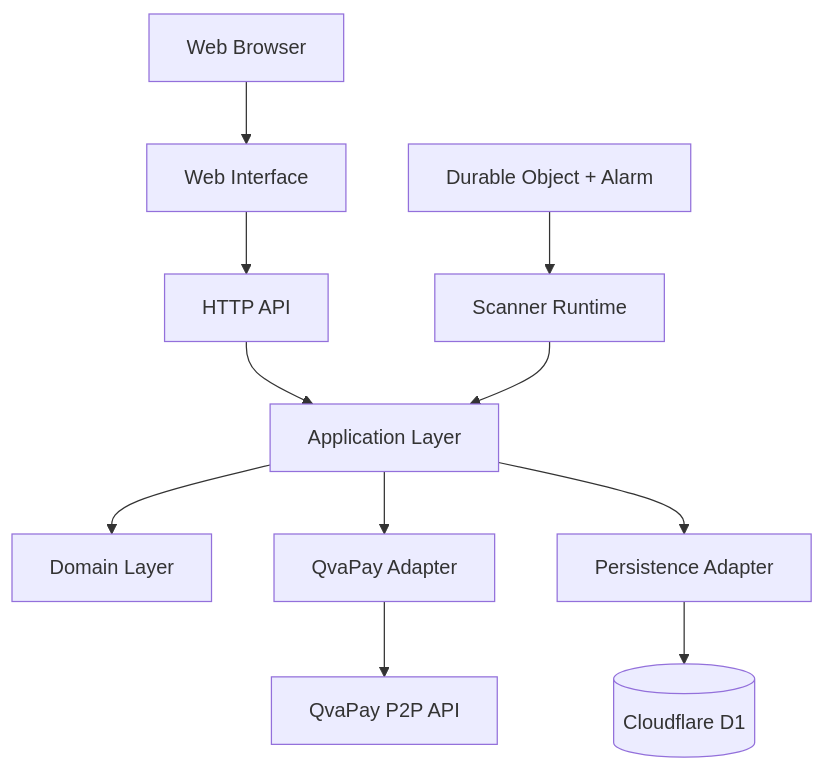
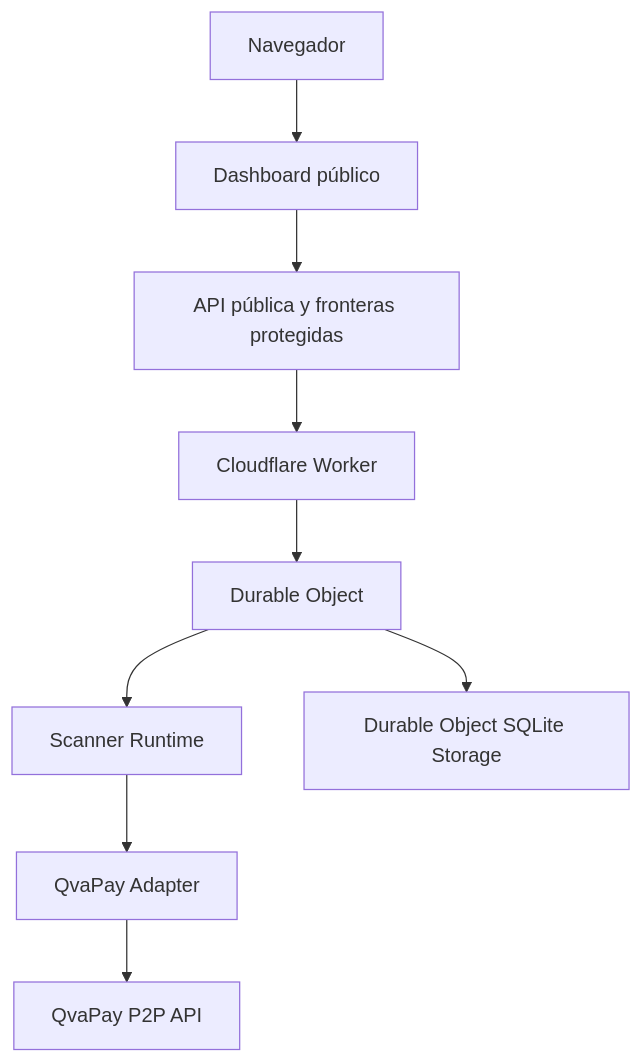
The diagram in docs/architecture/container-diagram.md (Osleyder1985/QvaPay-AI), drawn with Mermaid before and after one commit. The commit also changed other lines of this file, not shown here.

Commit message:
docs: align architecture diagrams with runtime

````diff
--- a/docs/architecture/container-diagram.md
+++ b/docs/architecture/container-diagram.md
@@ -5,25 +7,21 @@
 ```mermaid
 flowchart TB
-    Browser[Web Browser]
-    Web[Web Interface]
-    API[HTTP API]
-    App[Application Layer]
-    Domain[Domain Layer]
-    Scanner[Scanner Runtime]
+    Browser[Navegador]
+    Worker[Cloudflare Worker]
+    Dashboard[Dashboard público]
+    API[API pública y fronteras protegidas]
+    DO[Durable Object]
+    Runtime[Scanner Runtime]
     QAdapter[QvaPay Adapter]
-    DBAdapter[Persistence Adapter]
-    DO[Durable Object + Alarm]
-    D1[(Cloudflare D1)]
-    QvaPay[QvaPay P2P API]
+    QVA[QvaPay P2P API]
+    Storage[Durable Object SQLite Storage]
 
-    Browser --> Web
-    Web --> API
-    API --> App
-    Scanner --> App
-    DO --> Scanner
-    App --> Domain
-    App --> QAdapter
-    App --> DBAdapter
-    QAdapter --> QvaPay
-    DBAdapter --> D1
+    Browser --> Dashboard
+    Dashboard --> API
+    API --> Worker
+    Worker --> DO
+    DO --> Runtime
+    Runtime --> QAdapter
+    QAdapter --> QVA
+    DO --> Storage
 ```
````
